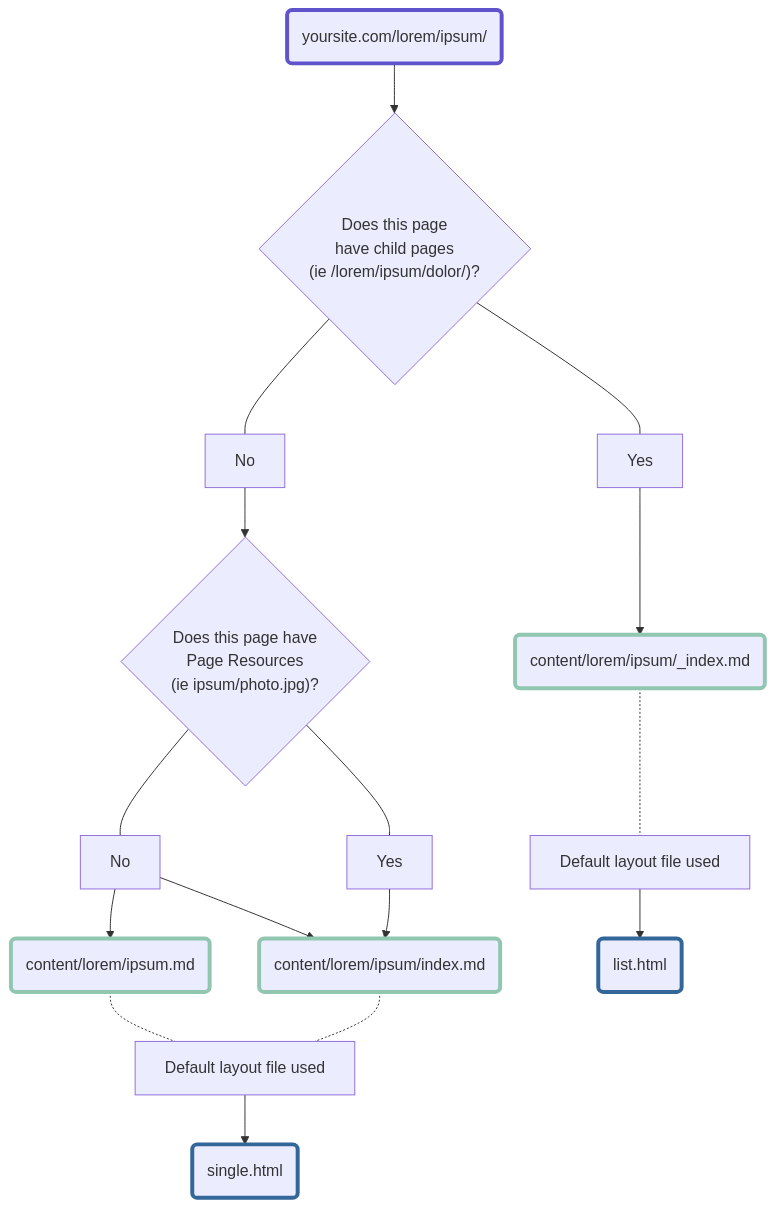
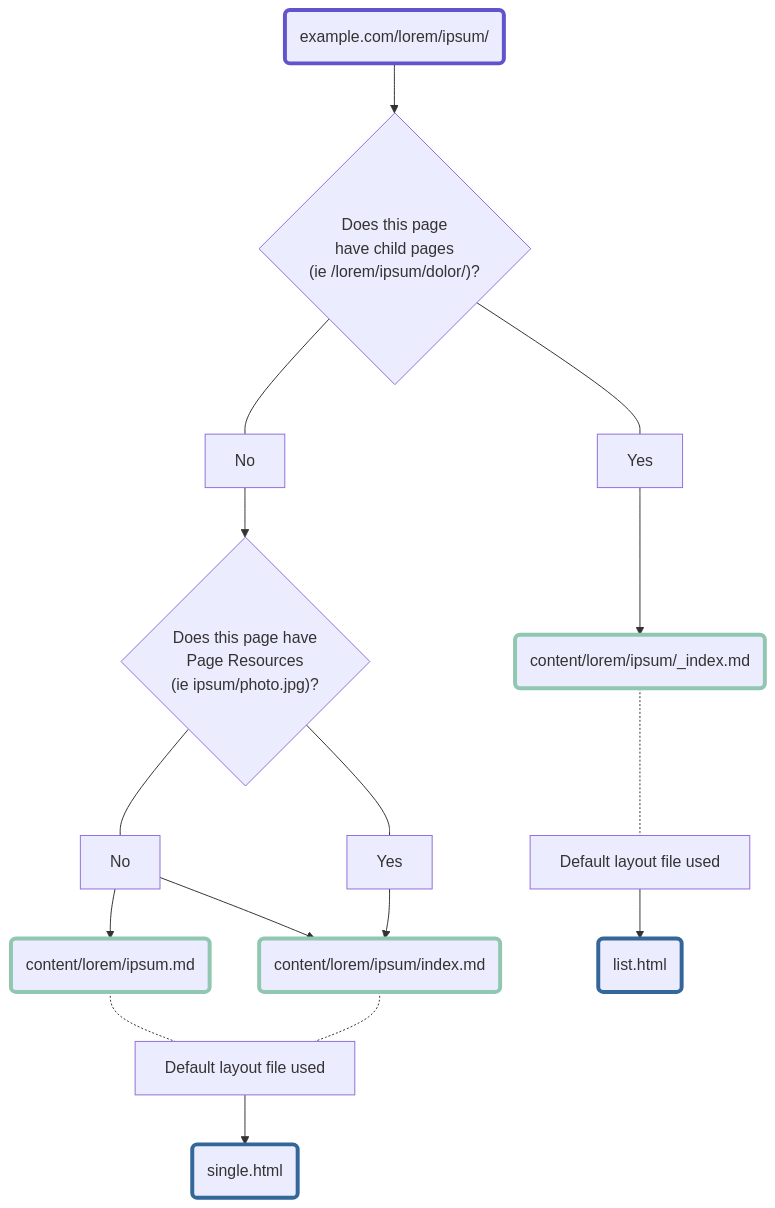
The second of 2 diagrams in content/single-vs-list.md (pointyfar/hugo-content-naming-layouts), drawn with Mermaid before and after one commit. The commit also changed other lines of this file, not shown here.

Commit message:
change yoursite.com to example.com

```diff
--- a/content/single-vs-list.md
+++ b/content/single-vs-list.md
@@ -68,45 +68,45 @@
 {{<mermaid>}}
 graph TD
-    A("yoursite.com/lorem/ipsum/") --> C
+    A("example.com/lorem/ipsum/") --> C
     
     C{"Does this page <br/>have child pages <br/> (ie /lorem/ipsum/dolor/)?<br/>"}
     C --- D[Yes]
     C --- E[No]
         E --> F
 
         F{"Does this page have <br> Page Resources <br/> (ie ipsum/photo.jpg)?"}
         F ---G
         F ---H
 
             G["No"] --> indexmd
             G["No"] --> ipsummd
 
             H["Yes"] --> indexmd
 
             indexmd("content/lorem/ipsum/index.md")
             ipsummd("content/lorem/ipsum.md")
 
     ipsummd -.- slayout
     indexmd -.- slayout
 
     slayout["Default layout file used"]
     slayout --> single("single.html")
 
 
     D --> lindex("content/lorem/ipsum/_index.md")
 
     lindex -.- llayout["Default layout file used"]
     llayout --> list("list.html")
 
     click indexmd "/colors/yellow/" "Example"
     click ipsummd "/colors/green/" "Example"
     click lindex "/colors/" "Example"
 
     style A stroke-width:4px, stroke:#6153CC;
     style indexmd stroke-width:4px, stroke:#91C7B1;
     style ipsummd stroke-width:4px, stroke:#91C7B1;
     style lindex stroke-width:4px, stroke:#91C7B1;
     style single stroke-width:4px, stroke:#336699;
     style list stroke-width:4px, stroke:#336699;
 
 {{</mermaid>}}
```
